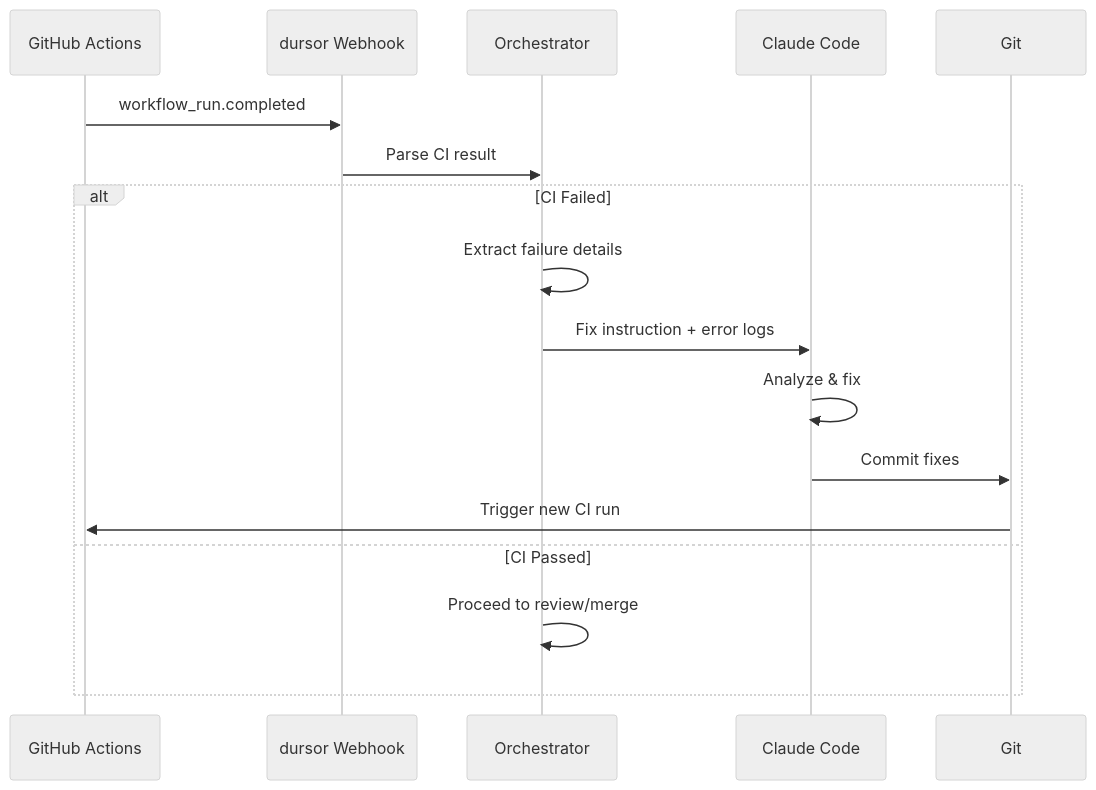
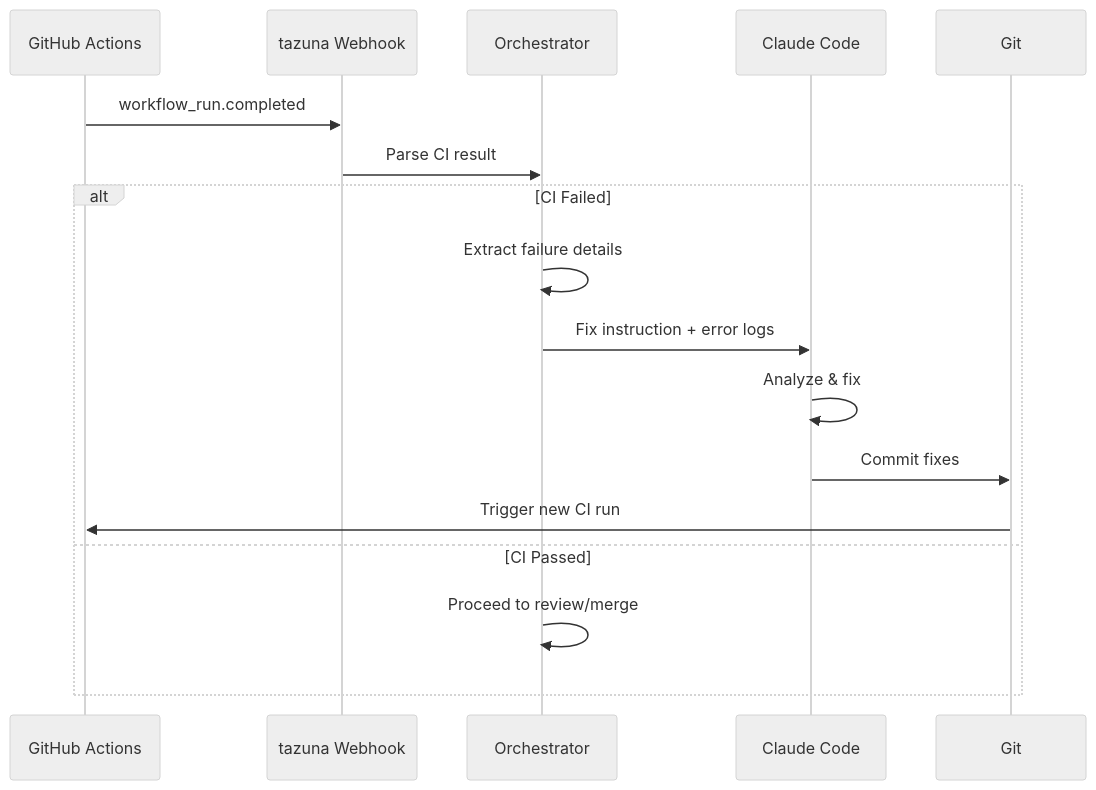
The fourth of 7 diagrams in docs/agentic-dursor.md (hampen2929/zloth), drawn with Mermaid (neutral theme) before and after one commit. The commit also changed other lines of this file and 103 other files, not shown here.

Commit message:
Rename from dursor to tazuna

````diff
--- a/docs/agentic-dursor.md
+++ b/docs/agentic-dursor.md
@@ -154,20 +154,20 @@
 ```mermaid
 sequenceDiagram
     participant GH as GitHub Actions
-    participant WH as dursor Webhook
+    participant WH as tazuna Webhook
     participant OR as Orchestrator
     participant CC as Claude Code
     participant GIT as Git
 
     GH->>WH: workflow_run.completed
     WH->>OR: Parse CI result
     alt CI Failed
         OR->>OR: Extract failure details
         OR->>CC: Fix instruction + error logs
         CC->>CC: Analyze & fix
         CC->>GIT: Commit fixes
         GIT->>GH: Trigger new CI run
     else CI Passed
         OR->>OR: Proceed to review/merge
     end
 ```
````
